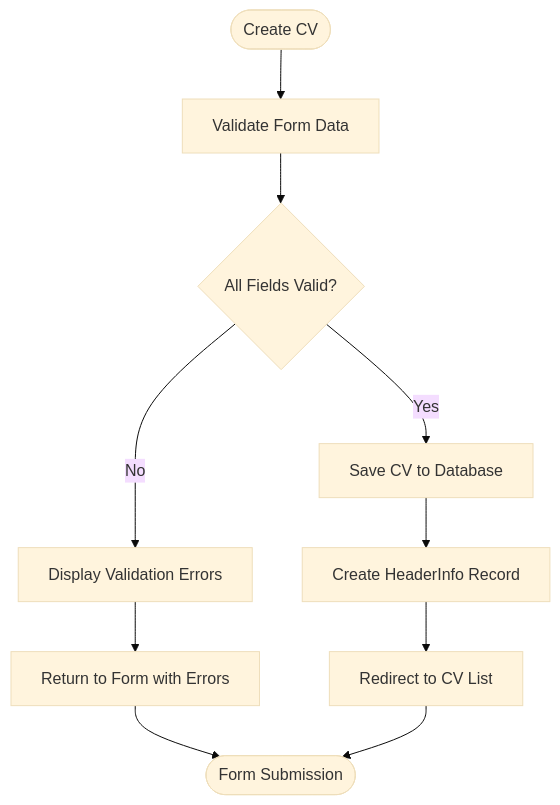
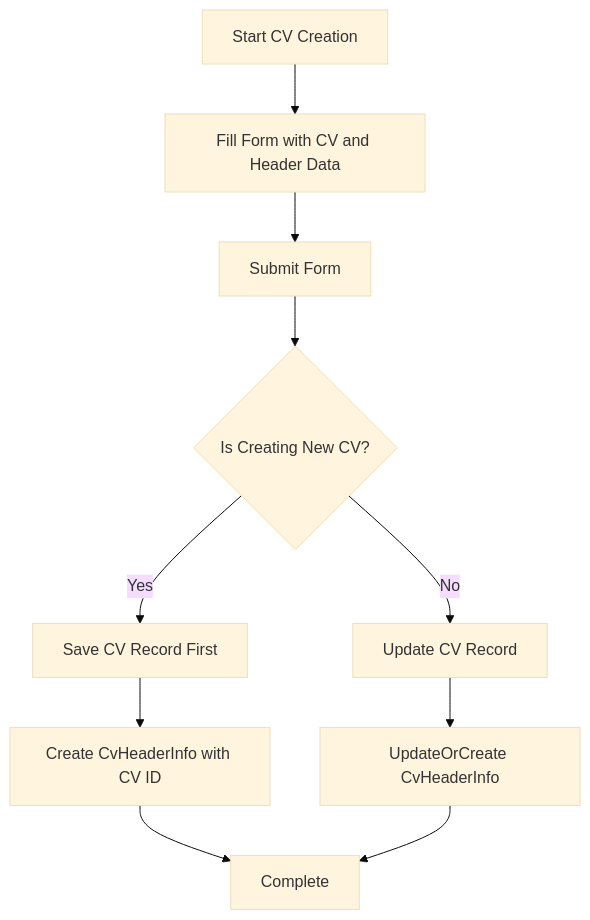
The second of 4 diagrams in .qoder/repowiki/en/content/CV Management/CV Management.md (withoutfanfare/cv-builder), drawn with Mermaid (base theme) before and after one commit. The commit also changed other lines of this file and 128 other files, not shown here.

````diff
--- a/.qoder/repowiki/en/content/CV Management/CV Management.md
+++ b/.qoder/repowiki/en/content/CV Management/CV Management.md
@@ -75,12 +79,12 @@
 ```mermaid
 flowchart TD
-Start([Create CV]) --> FormValidation["Validate Form Data"]
-FormValidation --> InputValid{"All Fields Valid?"}
-InputValid --> |No| ShowErrors["Display Validation Errors"]
-InputValid --> |Yes| SaveCV["Save CV to Database"]
-SaveCV --> CreateHeader["Create HeaderInfo Record"]
-CreateHeader --> Success["Redirect to CV List"]
-ShowErrors --> ReturnForm["Return to Form with Errors"]
-ReturnForm --> End([Form Submission])
-Success --> End
+A[Start CV Creation] --> B[Fill Form with CV and Header Data]
+B --> C[Submit Form]
+C --> D{Is Creating New CV?}
+D --> |Yes| E[Save CV Record First]
+E --> F[Create CvHeaderInfo with CV ID]
+F --> G[Complete]
+D --> |No| H[Update CV Record]
+H --> I[UpdateOrCreate CvHeaderInfo]
+I --> G
 ```
````
